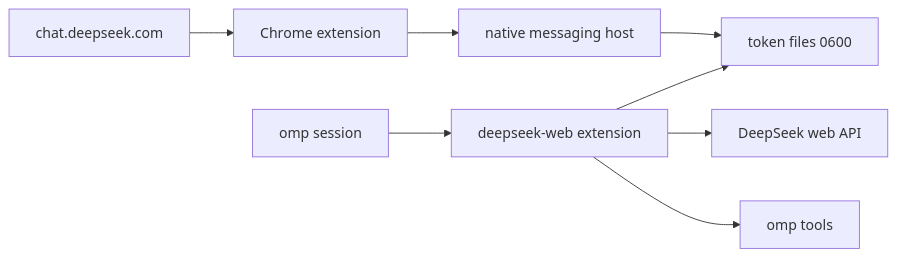
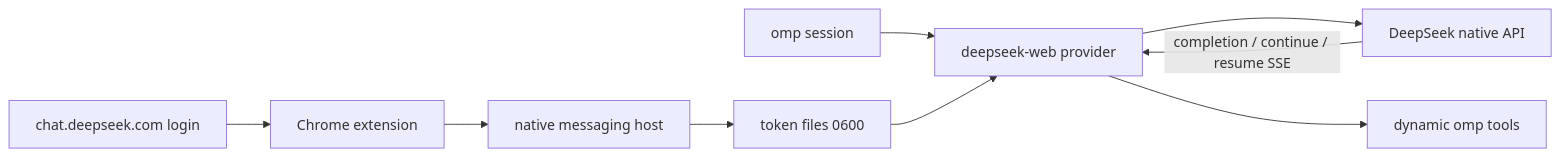
Before and after one commit to hypn4/omp-deepseek-web: the diagram in README.md, drawn with Mermaid. The commit also changed other lines of this file, not shown here.

Commit message:
docs: refresh architecture and install instructions

````diff
--- a/README.md
+++ b/README.md
@@ -45,10 +45,11 @@
 ```mermaid
 flowchart LR
-  A[chat.deepseek.com] --> B[Chrome extension]
+  A[chat.deepseek.com login] --> B[Chrome extension]
   B --> C[native messaging host]
   C --> D[token files 0600]
-  E[omp session] --> F[deepseek-web extension]
-  F --> D
-  F --> G[DeepSeek web API]
-  F --> H[omp tools]
+  E[omp session] --> F[deepseek-web provider]
+  D --> F
+  F --> G[DeepSeek native API]
+  G -->|completion / continue / resume SSE| F
+  F --> H[dynamic omp tools]
 ```
````
